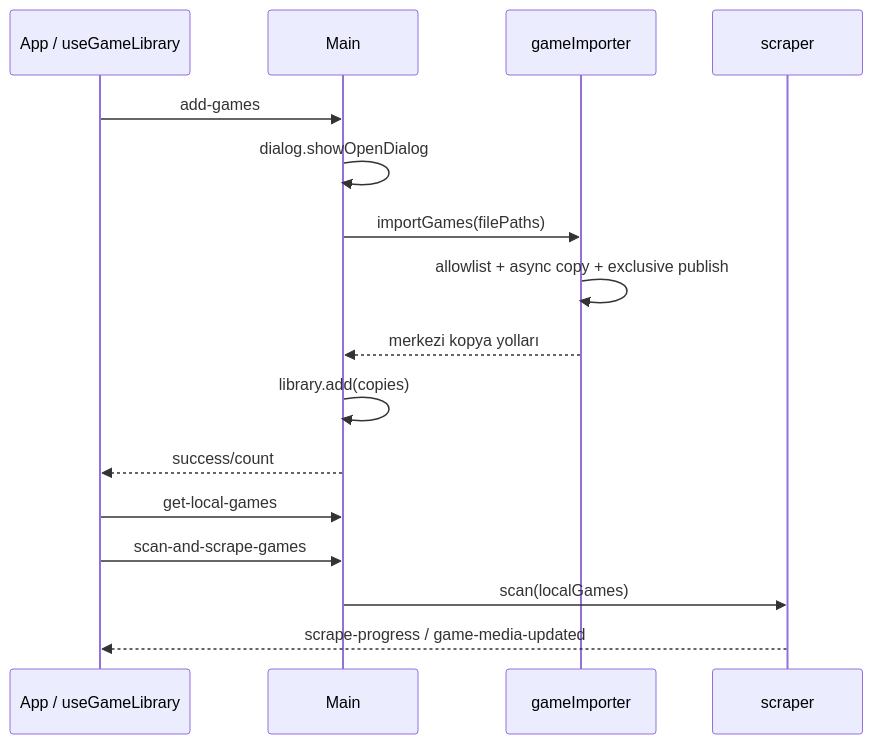
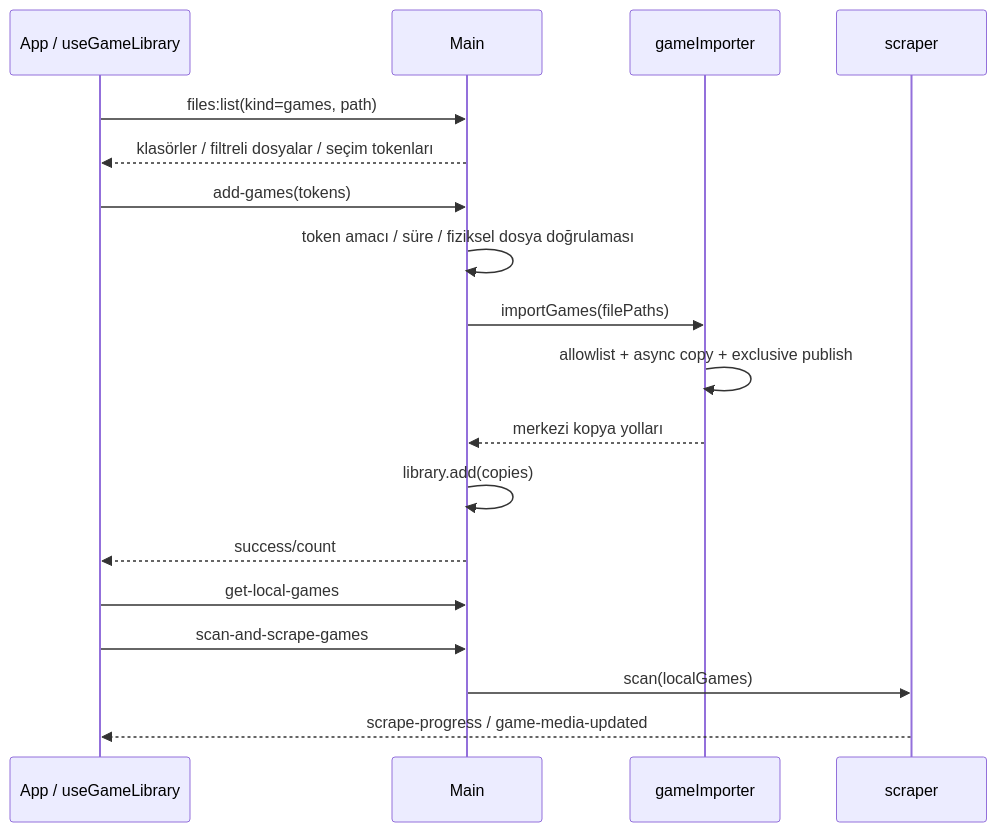
One commit to aibrhmckr/zenith-os changed the second of 3 diagrams in ARCHITECTURE.md. Above: the diagram before and after it, drawn with Mermaid. The commit also changed other lines of this file and 113 other files, not shown here.

````diff
--- a/ARCHITECTURE.md
+++ b/ARCHITECTURE.md
@@ -377,18 +377,20 @@
 ```mermaid
 sequenceDiagram
   participant UI as App / useGameLibrary
   participant M as Main
   participant I as gameImporter
   participant S as scraper
-  UI->>M: add-games
-  M->>M: dialog.showOpenDialog
+  UI->>M: files:list(kind=games, path)
+  M-->>UI: klasörler / filtreli dosyalar / seçim tokenları
+  UI->>M: add-games(tokens)
+  M->>M: token amacı / süre / fiziksel dosya doğrulaması
   M->>I: importGames(filePaths)
   I->>I: allowlist + async copy + exclusive publish
   I-->>M: merkezi kopya yolları
   M->>M: library.add(copies)
   M-->>UI: success/count
   UI->>M: get-local-games
   UI->>M: scan-and-scrape-games
   M->>S: scan(localGames)
   S-->>UI: scrape-progress / game-media-updated
 ```
````
